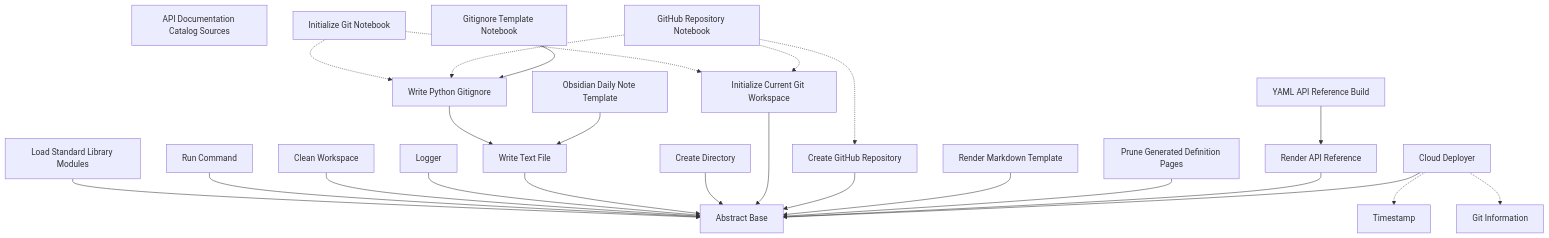
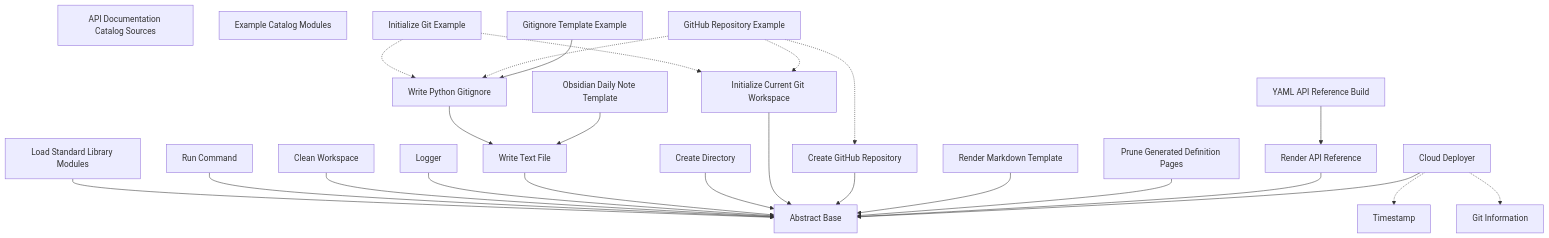
One commit to kieferwaight/LocalFabric changed the first of 2 diagrams in 20_workspaces/06_workflows/yaml/docs/README.md. Above: the diagram before and after it, drawn with Mermaid. The commit also changed other lines of this file and 22 other files, not shown here.

````diff
--- a/20_workspaces/06_workflows/yaml/docs/README.md
+++ b/20_workspaces/06_workflows/yaml/docs/README.md
@@ -168,48 +171,49 @@
 ```mermaid
 flowchart TD
 def_abstract_base["Abstract Base"]
 def_builtin_load_modules["Load Standard Library Modules"]
 def_builtin_load_modules --> def_abstract_base
 def_builtin_run_command["Run Command"]
 def_builtin_run_command --> def_abstract_base
 def_builtin_clean_workspace["Clean Workspace"]
 def_builtin_clean_workspace --> def_abstract_base
 def_builtin_logger["Logger"]
 def_builtin_logger --> def_abstract_base
 def_builtin_files_write_text["Write Text File"]
 def_builtin_files_write_text --> def_abstract_base
 def_builtin_files_create_directory["Create Directory"]
 def_builtin_files_create_directory --> def_abstract_base
 def_builtin_git_init_current_workspace["Initialize Current Git Workspace"]
 def_builtin_git_init_current_workspace --> def_abstract_base
 def_builtin_git_gitignore_python["Write Python Gitignore"]
 def_builtin_git_gitignore_python --> def_builtin_files_write_text
 def_builtin_git_create_github_repository["Create GitHub Repository"]
 def_builtin_git_create_github_repository --> def_abstract_base
 def_builtin_template_render_markdown["Render Markdown Template"]
 def_builtin_template_render_markdown --> def_abstract_base
 def_builtin_docs_prune_definition_pages["Prune Generated Definition Pages"]
 def_builtin_docs_prune_definition_pages --> def_abstract_base
 def_builtin_docs_render_reference["Render API Reference"]
 def_builtin_docs_render_reference --> def_abstract_base
 def_docs_catalog_modules["API Documentation Catalog Sources"]
 def_docs_api_reference["YAML API Reference Build"]
 def_docs_api_reference --> def_builtin_docs_render_reference
+def_examples_catalog_modules["Example Catalog Modules"]
 def_mixin_git_info["Git Information"]
 def_mixin_timestamp["Timestamp"]
 def_cloud_deployer["Cloud Deployer"]
 def_cloud_deployer --> def_abstract_base
 def_cloud_deployer -.-> def_mixin_timestamp
 def_cloud_deployer -.-> def_mixin_git_info
-def_notebook_git_init["Initialize Git Notebook"]
-def_notebook_git_init -.-> def_builtin_git_init_current_workspace
-def_notebook_git_init -.-> def_builtin_git_gitignore_python
-def_notebook_git_github["GitHub Repository Notebook"]
-def_notebook_git_github -.-> def_builtin_git_init_current_workspace
-def_notebook_git_github -.-> def_builtin_git_gitignore_python
-def_notebook_git_github -.-> def_builtin_git_create_github_repository
-def_notebook_git_gitignore["Gitignore Template Notebook"]
-def_notebook_git_gitignore --> def_builtin_git_gitignore_python
-def_notebook_obsidian_template["Obsidian Daily Note Template"]
-def_notebook_obsidian_template --> def_builtin_files_write_text
+def_example_git_init["Initialize Git Example"]
+def_example_git_init -.-> def_builtin_git_init_current_workspace
+def_example_git_init -.-> def_builtin_git_gitignore_python
+def_example_git_github["GitHub Repository Example"]
+def_example_git_github -.-> def_builtin_git_init_current_workspace
+def_example_git_github -.-> def_builtin_git_gitignore_python
+def_example_git_github -.-> def_builtin_git_create_github_repository
+def_example_git_gitignore["Gitignore Template Example"]
+def_example_git_gitignore --> def_builtin_git_gitignore_python
+def_example_obsidian_template["Obsidian Daily Note Template"]
+def_example_obsidian_template --> def_builtin_files_write_text
 ```
````
